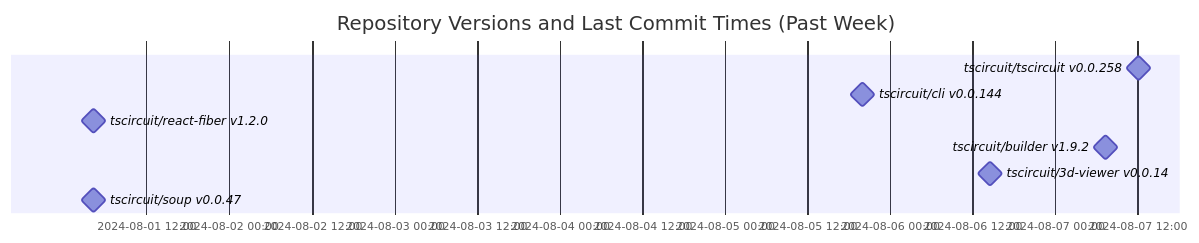
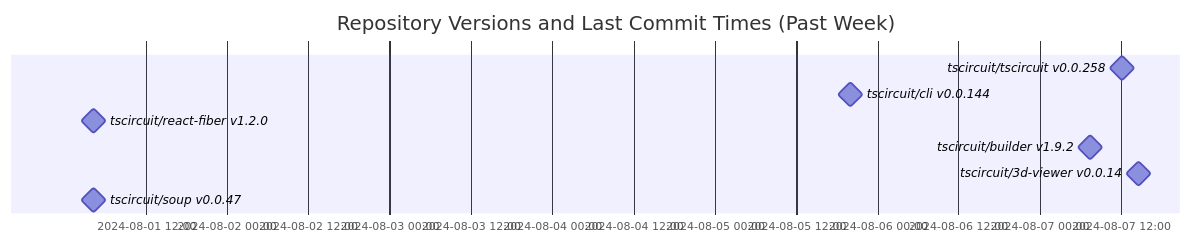
The diagram in README.md (tscircuit/version-tracker), drawn with Mermaid before and after one commit.

Commit message:
Update chart

````diff
--- a/README.md
+++ b/README.md
@@ -1,13 +1,13 @@
 ```mermaid
 gantt
   dateFormat  YYYY-MM-DD HH:mm:ss
   title Repository Versions and Last Commit Times (Past Week)
   axisFormat %Y-%m-%d %H:%M
 
   tscircuit/tscircuit v0.0.258 : milestone, 2024-08-07 12:06:34, 1s
   tscircuit/cli v0.0.144 : milestone, 2024-08-05 20:01:47, 1s
   tscircuit/react-fiber v1.2.0 : milestone, 2024-08-01 04:16:00, 1s
   tscircuit/builder v1.9.2 : milestone, 2024-08-07 07:21:49, 1s
-  tscircuit/3d-viewer v0.0.14 : milestone, 2024-08-06 14:28:03, 1s
+  tscircuit/3d-viewer v0.0.14 : milestone, 2024-08-07 14:34:01, 1s
   tscircuit/soup v0.0.47 : milestone, 2024-08-01 04:19:38, 1s
 ```
````
